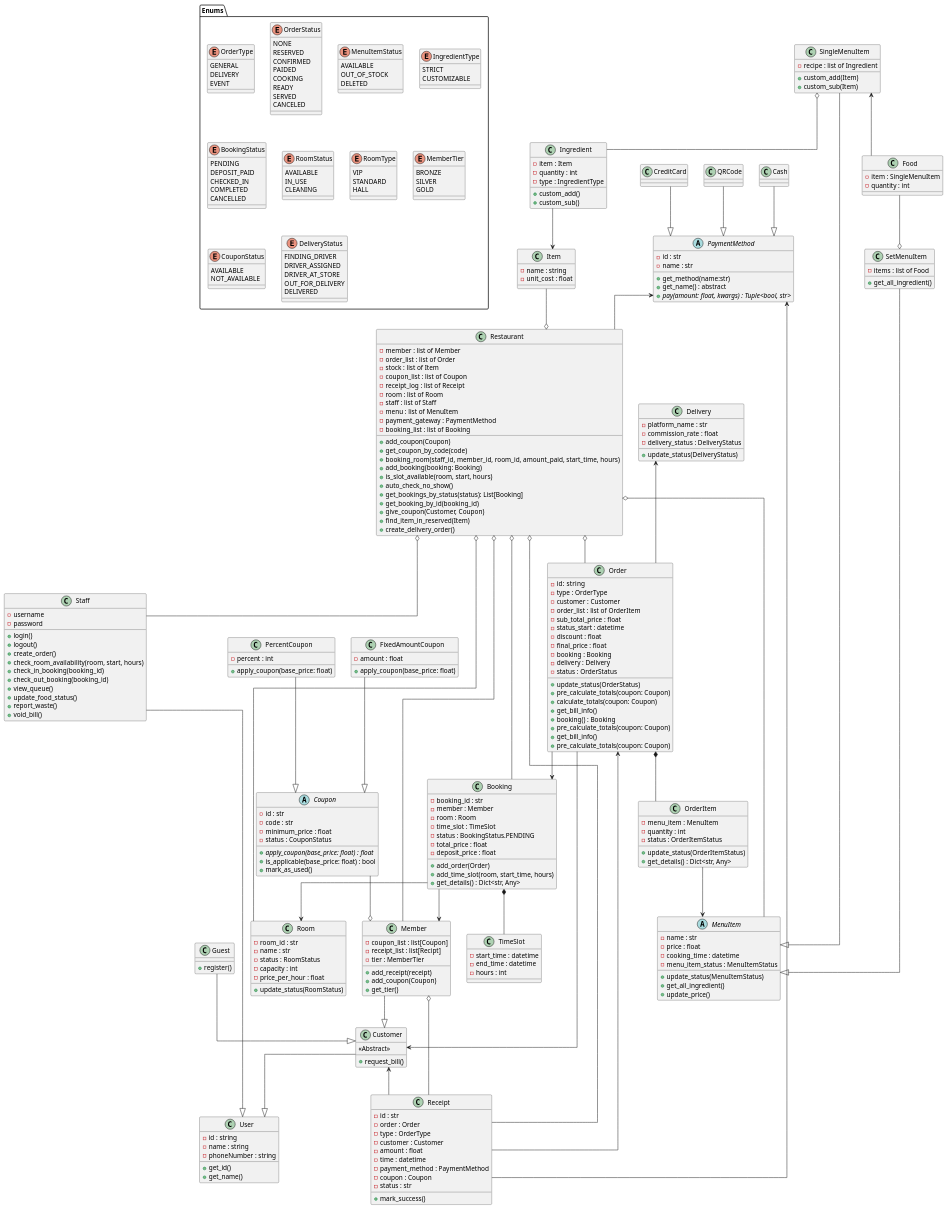
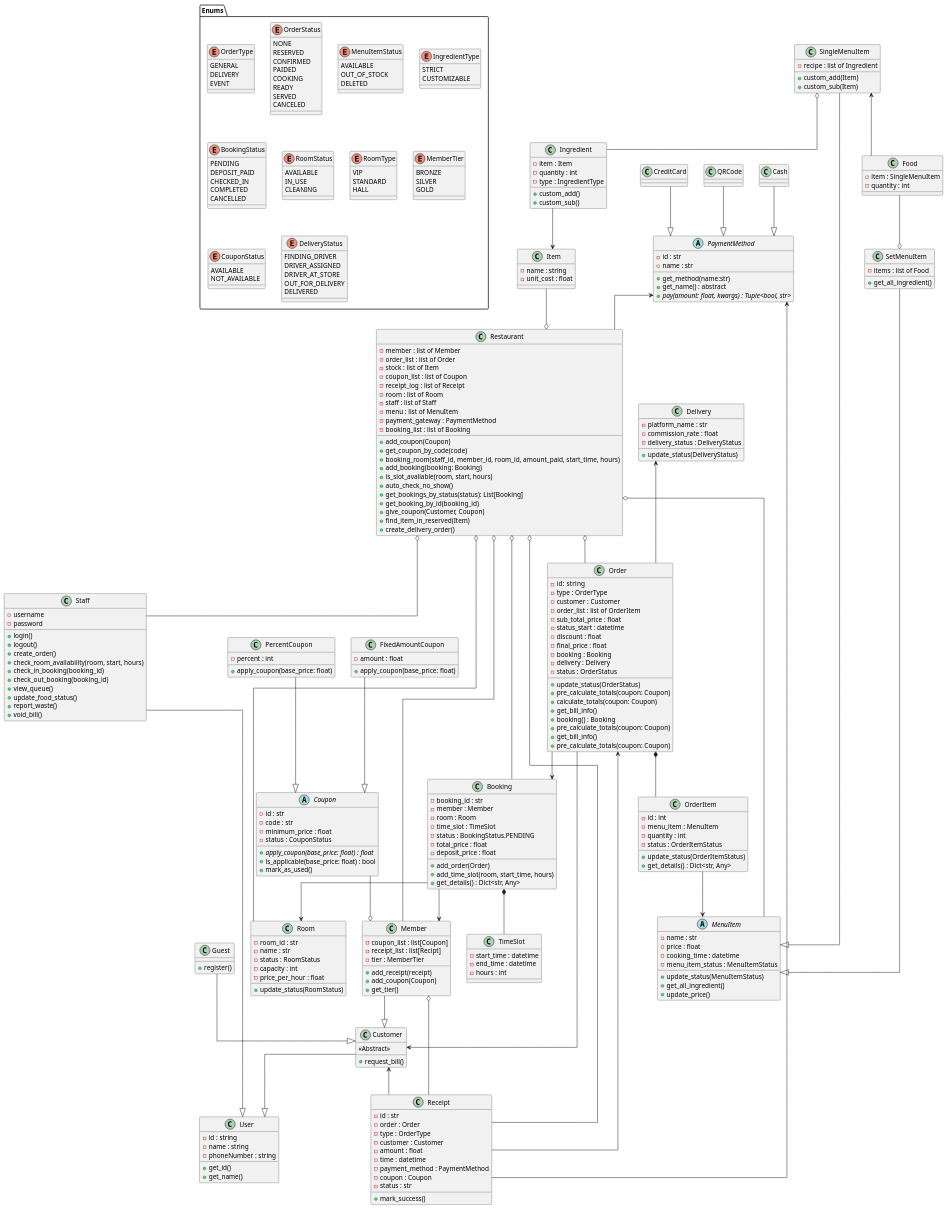
One commit to twrrippy/knight-chicken-oop changed the diagram in shared/doc/class_diagram.puml. Above: the diagram before and after it, drawn with PlantUML.

Commit message:
add orderitem id for easier to call

```diff
--- a/shared/doc/class_diagram.puml
+++ b/shared/doc/class_diagram.puml
@@ -104,6 +104,7 @@
     + pre_calculate_totals(coupon: Coupon)
 }
 class OrderItem{
+    - id : int 
     - menu_item : MenuItem
     - quantity : int
     - status : OrderItemStatus
```
